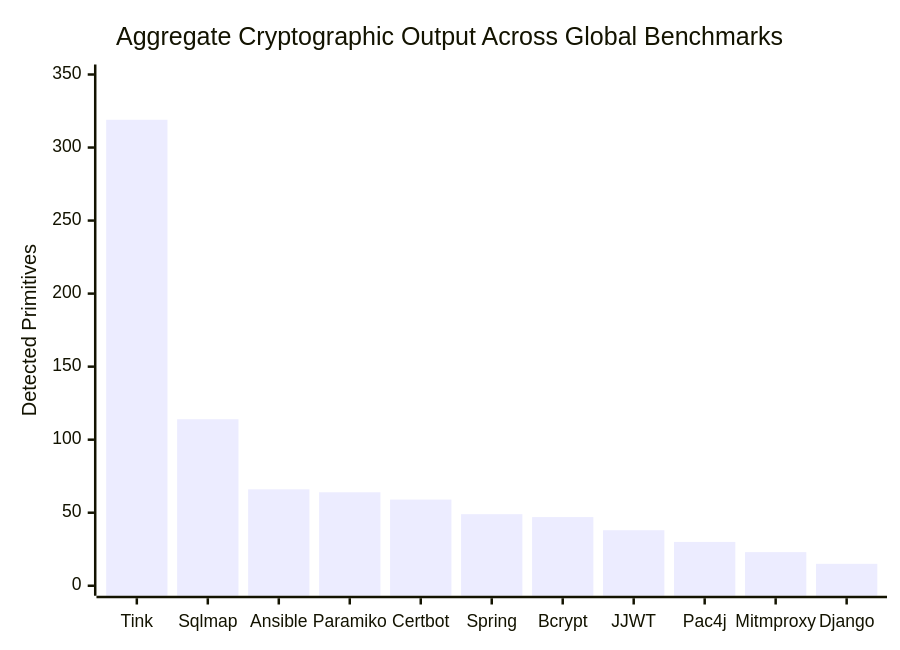
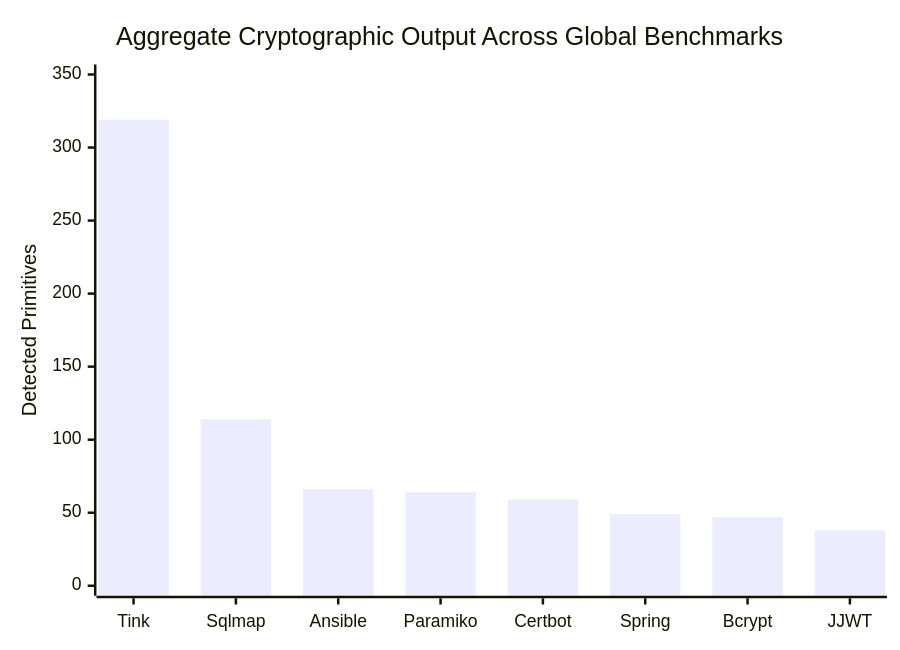
One commit to AviDhandhania/IDP-Project changed the second of 3 diagrams in docs/reports/Review_3_Final_Report.md. Above: the diagram before and after it, drawn with Mermaid. The commit also changed other lines of this file and 1 other file, not shown here.

Commit message:
Finalize exhaustive Review 3 Report with charts, tables, mathematical equations, and appendices

````diff
--- a/docs/reports/Review_3_Final_Report.md
+++ b/docs/reports/Review_3_Final_Report.md
@@ -209,7 +185,7 @@
 ```mermaid
 xychart-beta
     title "Aggregate Cryptographic Output Across Global Benchmarks"
-    x-axis ["Tink", "Sqlmap", "Ansible", "Paramiko", "Certbot", "Spring", "Bcrypt", "JJWT", "Pac4j", "Mitmproxy", "Django"]
+    x-axis ["Tink", "Sqlmap", "Ansible", "Paramiko", "Certbot", "Spring", "Bcrypt", "JJWT"]
     y-axis "Detected Primitives" 0 --> 350
-    bar [319, 114, 66, 64, 59, 49, 47, 38, 30, 23, 15]
+    bar [319, 114, 66, 64, 59, 49, 47, 38]
 ```
````
